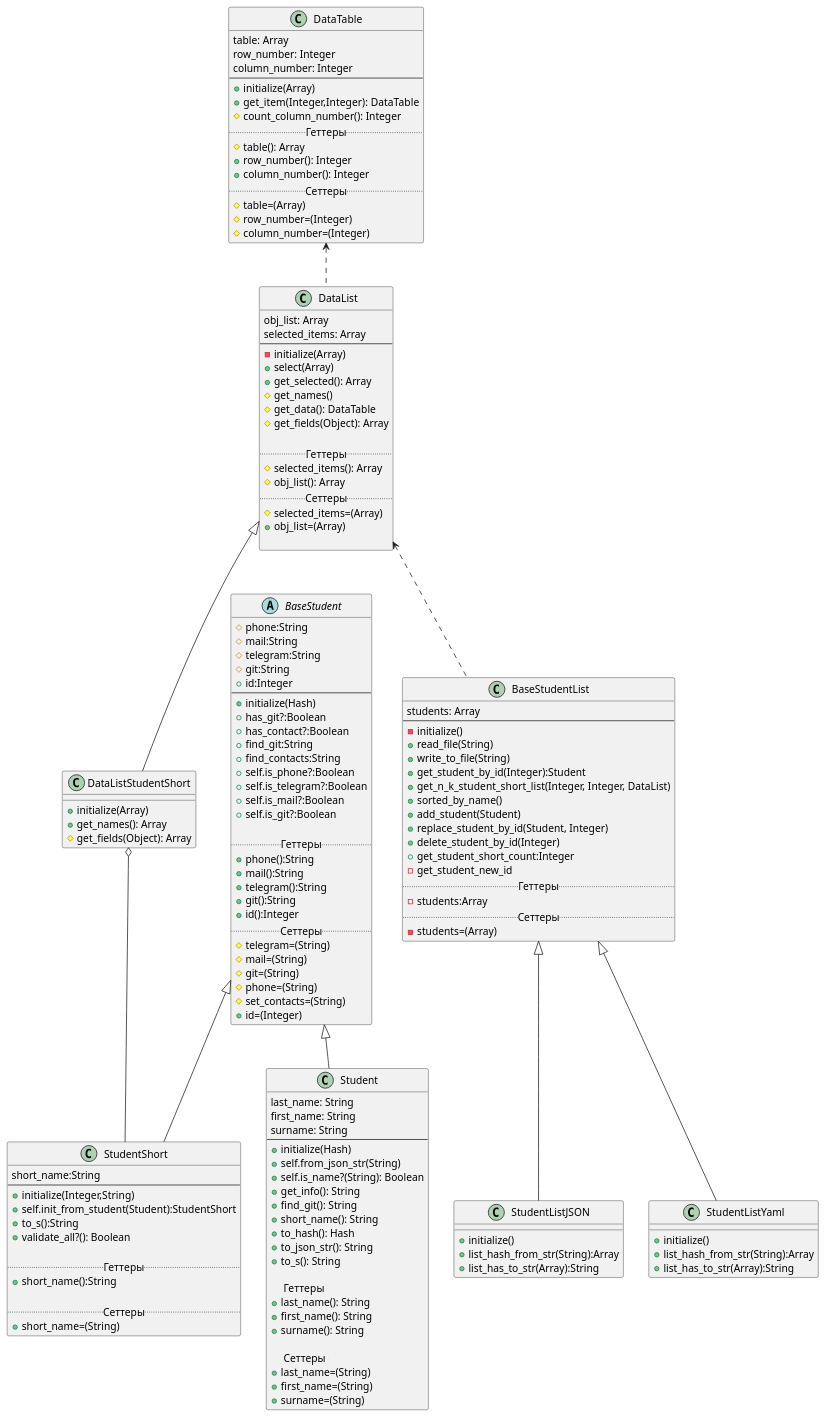
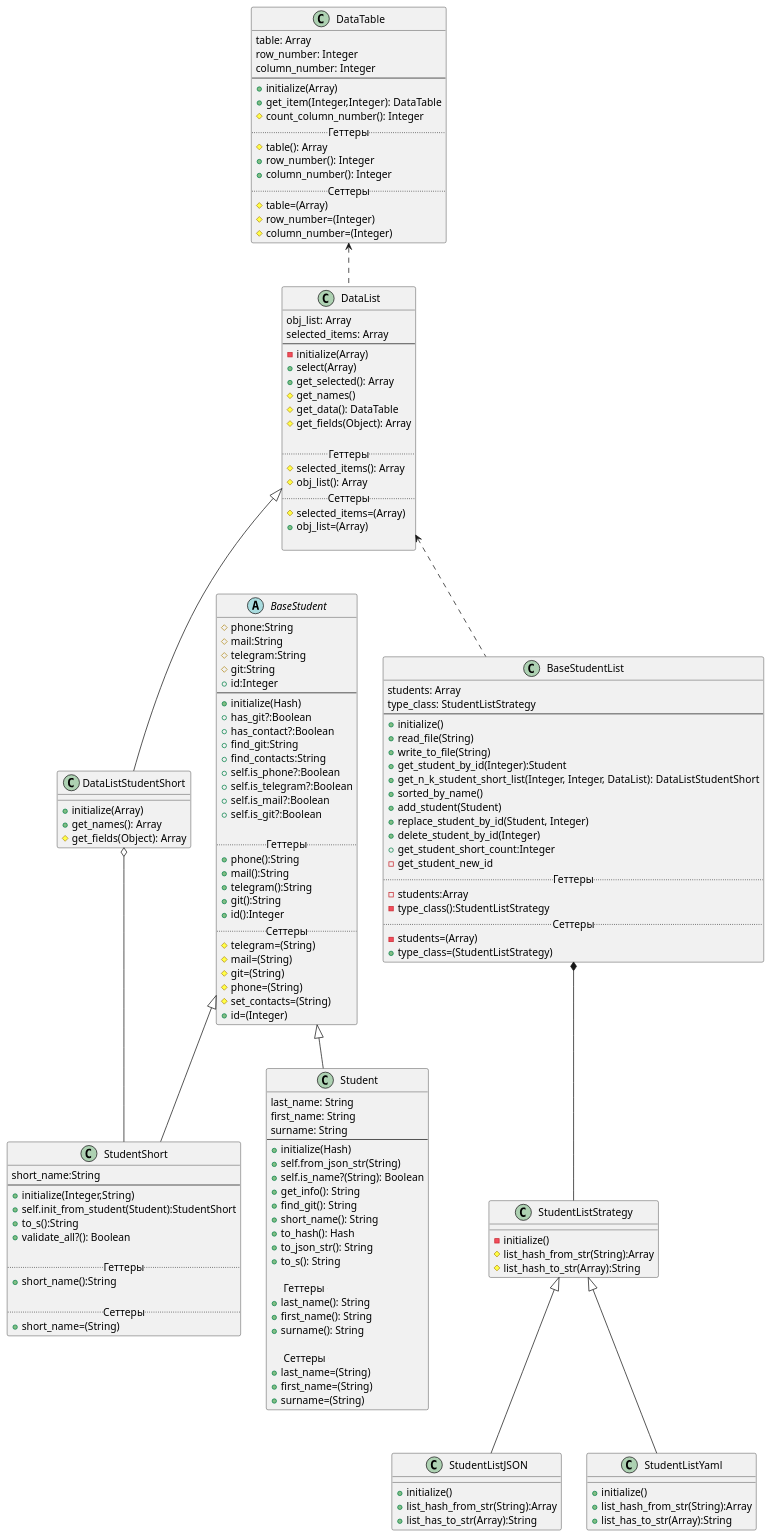
Before and after one commit to OlegVasil/RubyLabs: the diagram in laba_2/Diagrams/diagram.puml, drawn with PlantUML.

Commit message:
newest_diag

```diff
--- a/laba_2/Diagrams/diagram.puml
+++ b/laba_2/Diagrams/diagram.puml
@@ -1,161 +1,172 @@
 abstract class BaseStudent
 {
 #phone:String
 #mail:String
 #telegram:String
 #git:String
 +id:Integer
 --
 +initialize(Hash)
 +has_git?:Boolean
 +has_contact?:Boolean
 +find_git:String
 +find_contacts:String
 +self.is_phone?:Boolean
 +self.is_telegram?:Boolean
 +self.is_mail?:Boolean
 +self.is_git?:Boolean
 
 ..Геттеры..
 +phone():String
 +mail():String
 +telegram():String
 +git():String
 +id():Integer
 ..Сеттеры..
 #telegram=(String)
 #mail=(String)
 #git=(String)
 #phone=(String)
 #set_contacts=(String)
 +id=(Integer)
 }
 
 class StudentShort extends BaseStudent
 {
 short_name:String
 --
 +initialize(Integer,String)
 +self.init_from_student(Student):StudentShort
 +to_s():String
 +validate_all?(): Boolean
 
 .. Геттеры ..
 +short_name():String
 
 .. Сеттеры ..
 +short_name=(String)
 }
 
 class Student extends BaseStudent {
 last_name: String
 first_name: String
 surname: String
 --
 +initialize(Hash)
 +self.from_json_str(String)
 +self.is_name?(String): Boolean
 +get_info(): String
 +find_git(): String
 +short_name(): String
 +to_hash(): Hash
 +to_json_str(): String
 +to_s(): String
 
     .. Геттеры ..
 +last_name(): String
 +first_name(): String
 +surname(): String
 
     .. Сеттеры ..
 +last_name=(String)
 +first_name=(String)
 +surname=(String)
 }
 
 class DataTable
 {
 table: Array
 row_number: Integer
 column_number: Integer
 --
 +initialize(Array)
 +get_item(Integer,Integer): DataTable
 #count_column_number(): Integer
 .. Геттеры ..
 #table(): Array
 +row_number(): Integer
 +column_number(): Integer
 .. Сеттеры ..
 #table=(Array)
 #row_number=(Integer)
 #column_number=(Integer)
 }
 
 class DataList
 {
 obj_list: Array
 selected_items: Array
 --
 -initialize(Array)
 +select(Array)
 +get_selected(): Array
 #get_names()
 #get_data(): DataTable
 #get_fields(Object): Array
 
 .. Геттеры ..
 #selected_items(): Array
 #obj_list(): Array
 .. Сеттеры ..
 #selected_items=(Array)
 +obj_list=(Array)
 
 }
 
 class DataListStudentShort extends DataList
 {
 +initialize(Array)
 +get_names(): Array
 #get_fields(Object): Array
 }
 
 class BaseStudentList
 {
 students: Array
+type_class: StudentListStrategy
 --
--initialize()
++initialize()
 +read_file(String)
 +write_to_file(String)
 +get_student_by_id(Integer):Student
-+get_n_k_student_short_list(Integer, Integer, DataList)
++get_n_k_student_short_list(Integer, Integer, DataList): DataListStudentShort
 +sorted_by_name()
 +add_student(Student)
 +replace_student_by_id(Student, Integer)
 +delete_student_by_id(Integer)
 +get_student_short_count:Integer
 -get_student_new_id
 ..Геттеры..
 -students:Array
+-type_class():StudentListStrategy
 ..Сеттеры..
 -students=(Array)
++type_class=(StudentListStrategy)
 }
 
-class StudentListJSON extends BaseStudentList
+class StudentListStrategy
+{
+-initialize()
+#list_hash_from_str(String):Array
+#list_hash_to_str(Array):String
+}
+
+class StudentListJSON extends StudentListStrategy
 {
 +initialize()
 +list_hash_from_str(String):Array
 +list_has_to_str(Array):String
 }
 
-class StudentListYaml extends BaseStudentList
+class StudentListYaml extends StudentListStrategy
 {
 +initialize()
 +list_hash_from_str(String):Array
 +list_has_to_str(Array):String
 }
 
 
 DataListStudentShort o-- StudentShort
 DataTable <.. DataList
 DataList <.. BaseStudentList
+BaseStudentList *-- StudentListStrategy
```
